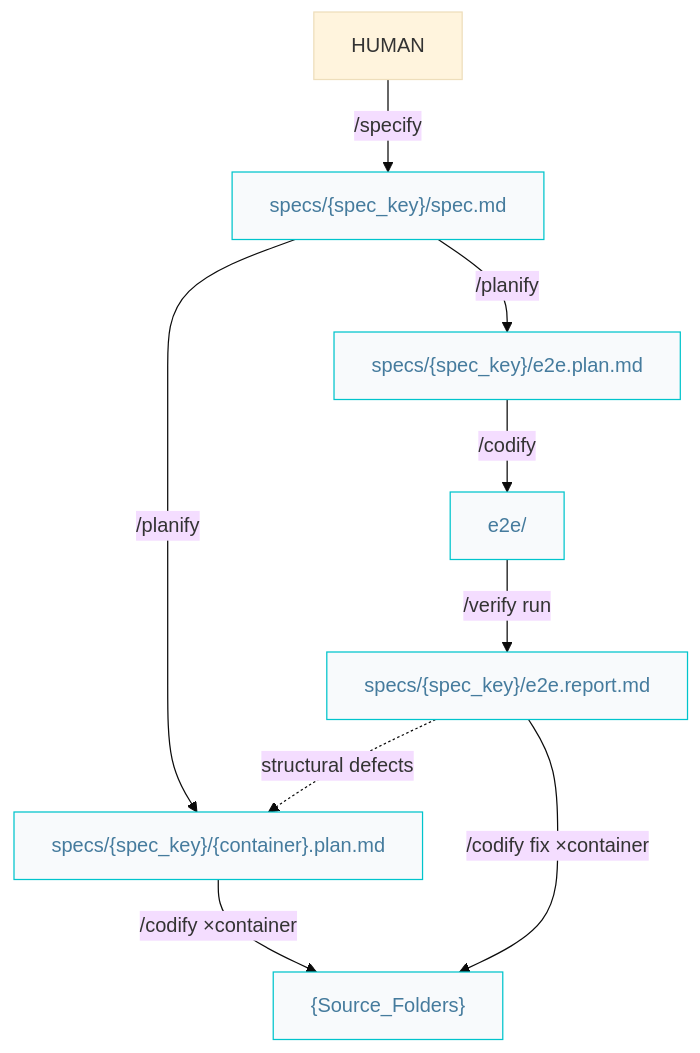
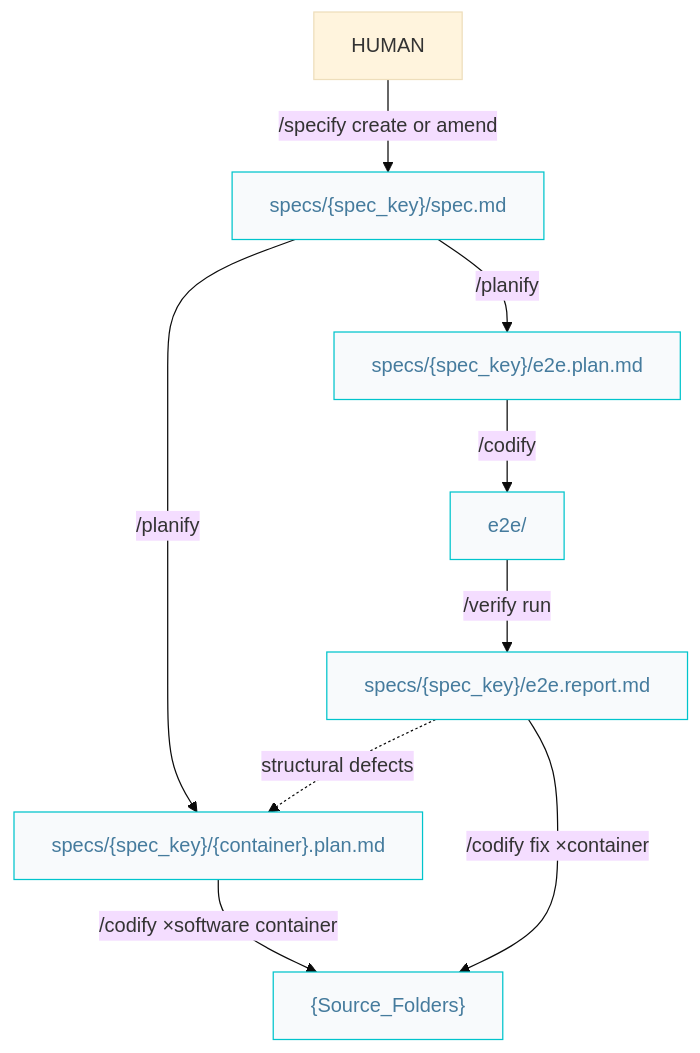
Before and after one commit to AIDDbot/AIDDbot: the fifth of 9 diagrams in docs/AIDD.workflow.md, drawn with Mermaid (base theme). The commit also changed other lines of this file and 15 other files, not shown here.

````diff
--- a/docs/AIDD.workflow.md
+++ b/docs/AIDD.workflow.md
@@ -135,21 +139,21 @@
 ```mermaid
 flowchart TD
   HUM[HUMAN]
   SPC["specs/{spec_key}/spec.md"]:::nd
   PLN["specs/{spec_key}/{container}.plan.md"]:::nd
   EPL["specs/{spec_key}/e2e.plan.md"]:::nd
   COD["{Source_Folders}"]:::nd
   E2E["e2e/"]:::nd
   RPT["specs/{spec_key}/e2e.report.md"]:::nd
 
-  HUM -->|/specify| SPC
+  HUM -->|/specify create or amend| SPC
   SPC -->|/planify| PLN
   SPC -->|/planify| EPL
-  PLN -->|/codify ×container| COD
+  PLN -->|/codify ×software container| COD
   EPL -->|/codify| E2E
   E2E -->|/verify run| RPT
   RPT -->|/codify fix ×container| COD
   RPT -.->|structural defects| PLN
 
   classDef nd fill:#f8fafc,stroke:#00c4cc,color:#457b9d
 ```
````
